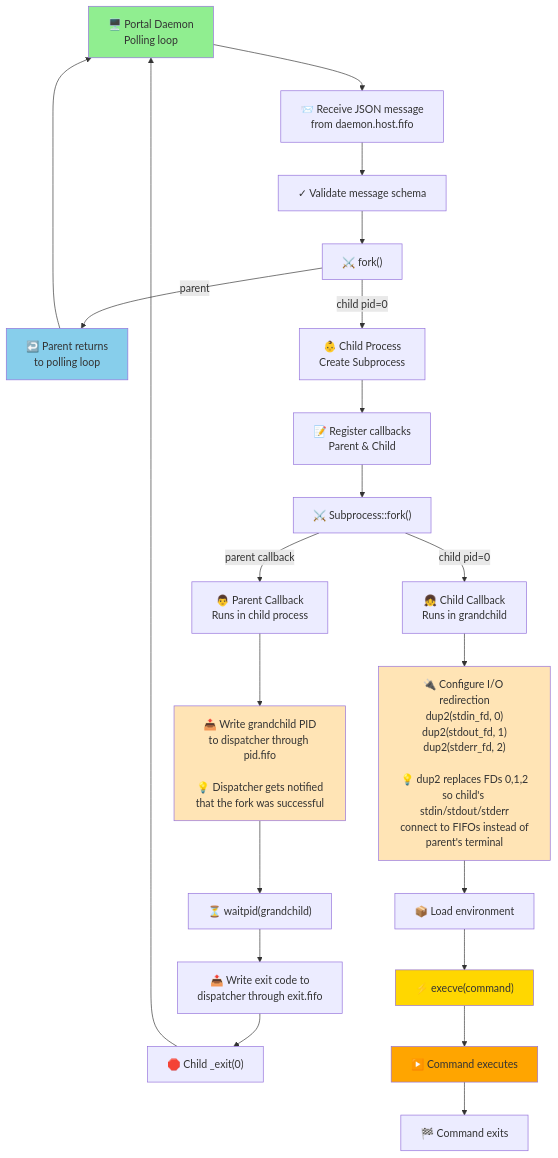
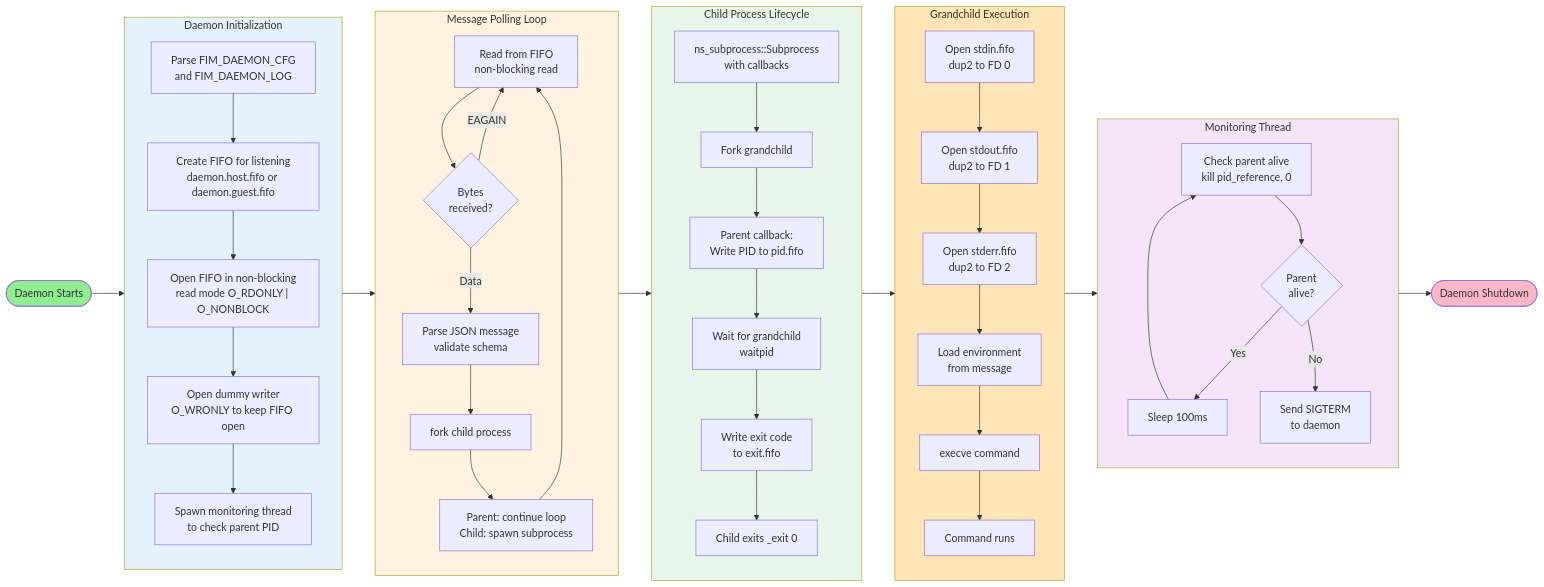
The second of 3 diagrams in doc/mkdocs/docs/architecture/portal.md (flatimage/flatimage), drawn with Mermaid before and after one commit. The commit also changed other lines of this file and 20 other files, not shown here.

Commit message:
docs(mkdocs): New architecture details and zoomable diagrams

````diff
--- a/doc/mkdocs/docs/architecture/portal.md
+++ b/doc/mkdocs/docs/architecture/portal.md
@@ -192,40 +278,97 @@
 ```mermaid
-flowchart TD
-    Daemon["🖥️ Portal Daemon<br/>Polling loop"] --> Receive["📨 Receive JSON message<br/>from daemon.host.fifo"]
+flowchart LR
+    Start([Daemon Starts]) --> Initialization
 
-    Receive --> Validate["✓ Validate message schema"]
+    subgraph Initialization["Daemon Initialization"]
+        direction TB
+        I1["Parse FIM_DAEMON_CFG<br/>and FIM_DAEMON_LOG"]
+        I2["Create FIFO for listening<br/>daemon.host.fifo or daemon.guest.fifo"]
+        I3["Open FIFO in non-blocking<br/>read mode O_RDONLY | O_NONBLOCK"]
+        I4["Open dummy writer<br/>O_WRONLY to keep FIFO open"]
+        I5["Spawn monitoring thread<br/>to check parent PID"]
 
-    Validate --> Fork1["⚔️ fork()"]
+        I1 --> I2
+        I2 --> I3
+        I3 --> I4
+        I4 --> I5
+    end
 
-    Fork1 -->|parent| Return["↩️ Parent returns<br/>to polling loop"]
-    Fork1 -->|child pid=0| Child["👶 Child Process<br/>Create Subprocess"]
+    Initialization --> PollingLoop
 
-    Child --> RegCB["📝 Register callbacks<br/>Parent & Child"]
+    subgraph PollingLoop["Message Polling Loop"]
+        direction TB
+        P1["Read from FIFO<br/>non-blocking read"]
+        P2{Bytes<br/>received?}
+        P3["Parse JSON message<br/>validate schema"]
+        P4["fork child process"]
+        P5["Parent: continue loop<br/>Child: spawn subprocess"]
 
-    RegCB --> Fork2["⚔️ Subprocess::fork()"]
+        P1 --> P2
+        P2 -->|EAGAIN| P1
+        P2 -->|Data| P3
+        P3 --> P4
+        P4 --> P5
+        P5 --> P1
+    end
 
-    Fork2 -->|parent callback| ParentCB["👨 Parent Callback<br/>Runs in child process"]
-    Fork2 -->|child pid=0| ChildCB["👧 Child Callback<br/>Runs in grandchild"]
+    PollingLoop --> ChildProcess
 
-    ParentCB --> WritePID["📤 Write grandchild PID<br/>to dispatcher through pid.fifo<br/><br/>💡 Dispatcher gets notified<br/>that the fork was successful"]
-    WritePID --> Wait["⏳ waitpid(grandchild)"]
-    Wait --> WriteExit["📤 Write exit code to<br/>dispatcher through exit.fifo"]
-    WriteExit --> ChildExit["🛑 Child _exit(0)"]
+    subgraph ChildProcess["Child Process Lifecycle"]
+        direction TB
+        C1["ns_subprocess::Subprocess<br/>with callbacks"]
+        C2["Fork grandchild"]
+        C3["Parent callback:<br/>Write PID to pid.fifo"]
+        C4["Wait for grandchild<br/>waitpid"]
+        C5["Write exit code<br/>to exit.fifo"]
+        C6["Child exits _exit 0"]
 
-    ChildCB --> ConfigIO["🔌 Configure I/O redirection<br/>dup2(stdin_fd, 0)<br/>dup2(stdout_fd, 1)<br/>dup2(stderr_fd, 2)<br/><br/>💡 dup2 replaces FDs 0,1,2<br/>so child's stdin/stdout/stderr<br/>connect to FIFOs instead of<br/>parent's terminal"]
-    ConfigIO --> LoadEnv["📦 Load environment"]
-    LoadEnv --> Execve["⚡ execve(command)"]
+        C1 --> C2
+        C2 --> C3
+        C3 --> C4
+        C4 --> C5
+        C5 --> C6
+    end
 
-    Execve --> Run["▶️ Command executes"]
-    Run --> Exit["🏁 Command exits"]
+    ChildProcess --> GrandchildProcess
 
-    Return --> Daemon
-    ChildExit --> Daemon
+    subgraph GrandchildProcess["Grandchild Execution"]
+        direction TB
+        G1["Open stdin.fifo<br/>dup2 to FD 0"]
+        G2["Open stdout.fifo<br/>dup2 to FD 1"]
+        G3["Open stderr.fifo<br/>dup2 to FD 2"]
+        G4["Load environment<br/>from message"]
+        G5["execve command"]
+        G6["Command runs"]
 
-    style Daemon fill:#90EE90
-    style Run fill:#FFA500
-    style Execve fill:#FFD700
-    style Return fill:#87CEEB
-    style WritePID fill:#FFE4B5
-    style ConfigIO fill:#FFE4B5
+        G1 --> G2
+        G2 --> G3
+        G3 --> G4
+        G4 --> G5
+        G5 --> G6
+    end
+
+    GrandchildProcess --> MonitorThread
+
+    subgraph MonitorThread["Monitoring Thread"]
+        direction TB
+        M1["Check parent alive<br/>kill pid_reference, 0"]
+        M2{Parent<br/>alive?}
+        M3["Sleep 100ms"]
+        M4["Send SIGTERM<br/>to daemon"]
+
+        M1 --> M2
+        M2 -->|Yes| M3
+        M3 --> M1
+        M2 -->|No| M4
+    end
+
+    MonitorThread --> Shutdown([Daemon Shutdown])
+
+    style Initialization fill:#E3F2FD
+    style PollingLoop fill:#FFF3E0
+    style ChildProcess fill:#E8F5E9
+    style GrandchildProcess fill:#FFE4B5
+    style MonitorThread fill:#F3E5F5
+    style Start fill:#90EE90
+    style Shutdown fill:#FFB6C6
 ```
````
